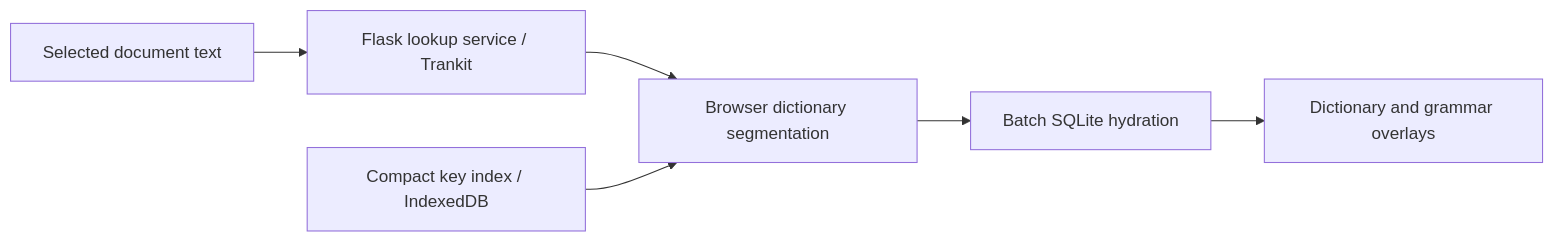
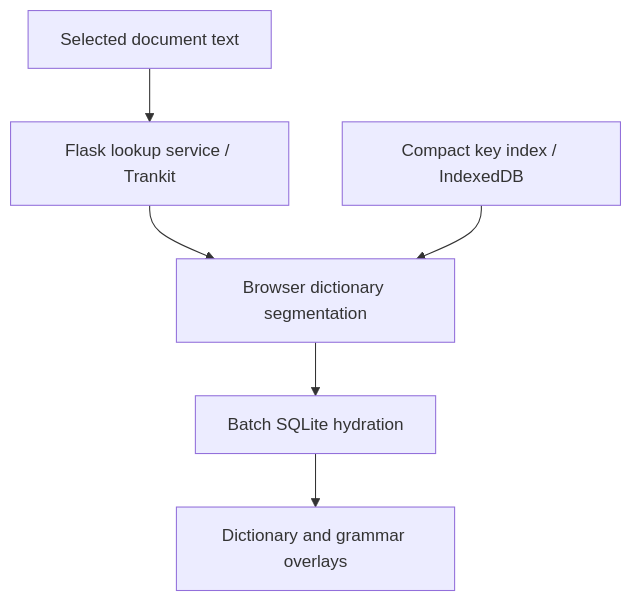
Before and after one commit to conradcompagna/language-engine: the diagram in docs/ARCHITECTURE.md, drawn with Mermaid. The commit also changed other lines of this file and 9 other files, not shown here.

````diff
--- a/docs/ARCHITECTURE.md
+++ b/docs/ARCHITECTURE.md
@@ -7,8 +8,8 @@
 ```mermaid
-flowchart LR
+flowchart TB
     Text[Selected document text] --> NLP[Flask lookup service / Trankit]
     NLP --> DP[Browser dictionary segmentation]
     Index[Compact key index / IndexedDB] --> DP
     DP --> Hydrate[Batch SQLite hydration]
     Hydrate --> Reader[Dictionary and grammar overlays]
 ```
````
